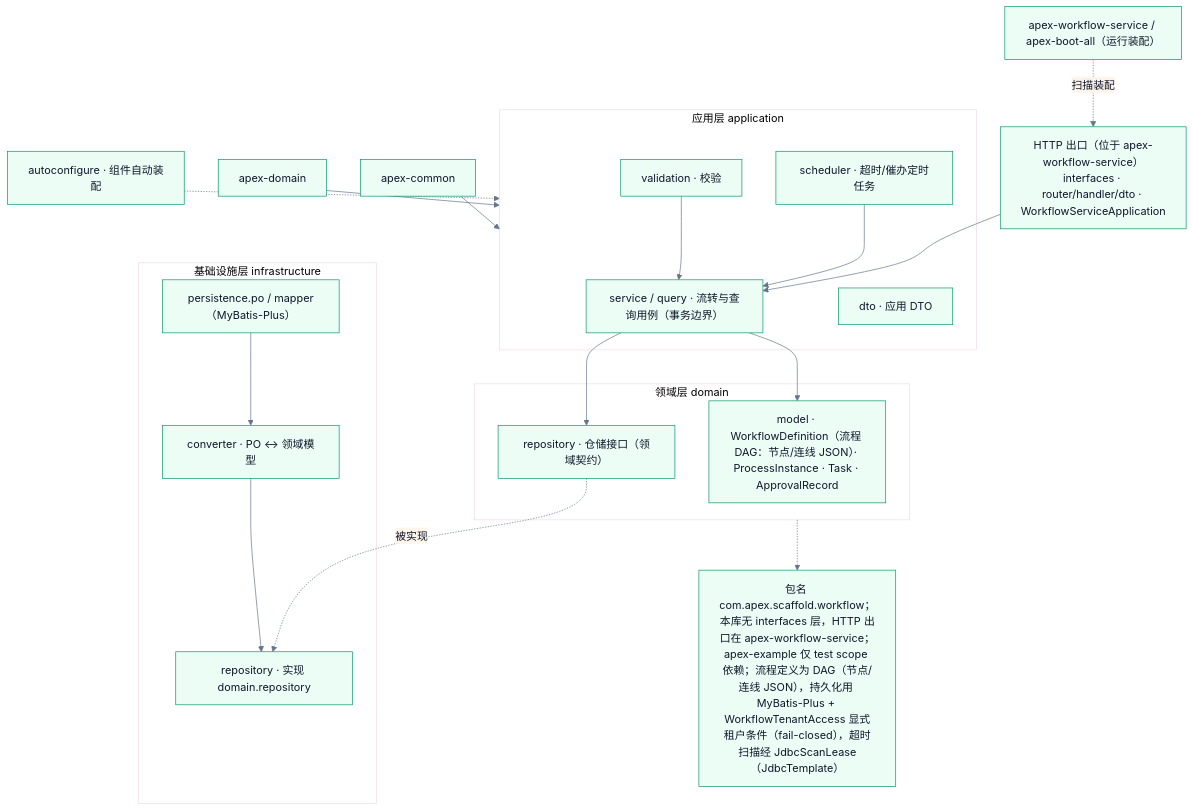
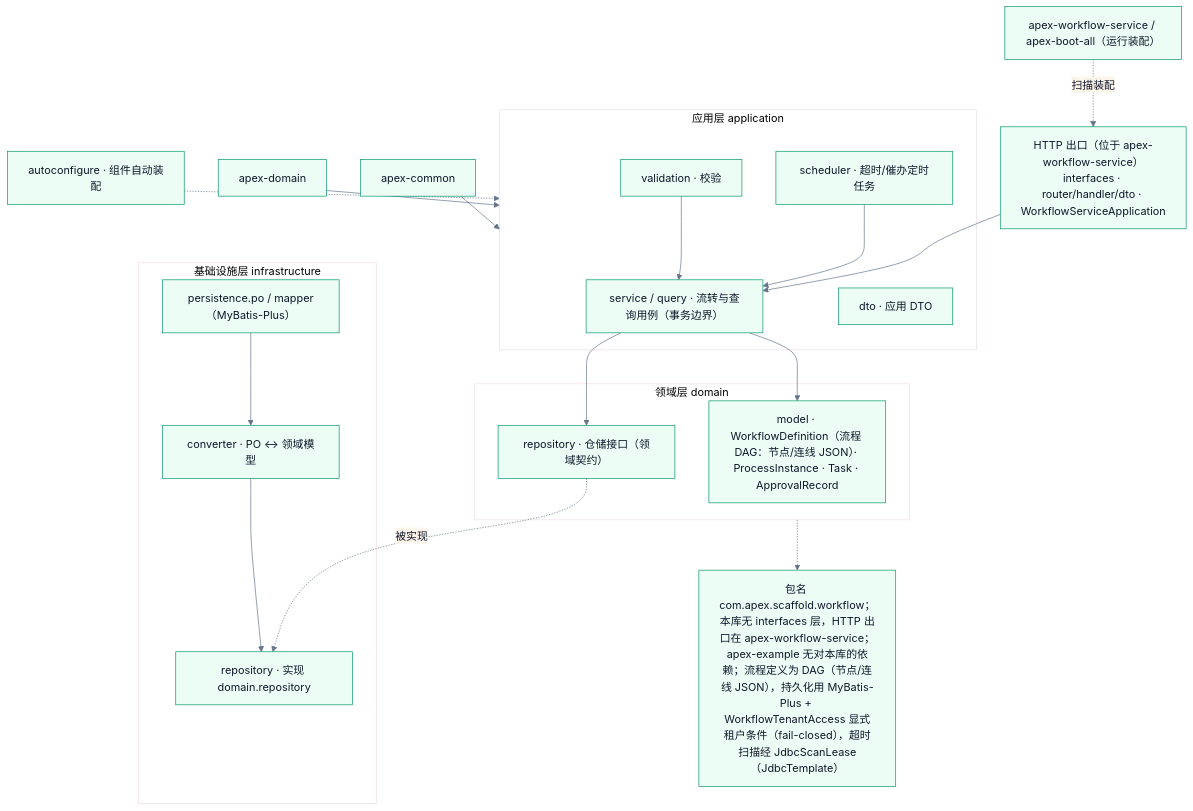
The diagram in docs/diagrams/102_module_workflow_structure.mmd (apex-cloud-service/apex-scaffold), drawn with Mermaid before and after one commit. The commit also changed 19 other files, not shown here.

```diff
--- a/docs/diagrams/102_module_workflow_structure.mmd
+++ b/docs/diagrams/102_module_workflow_structure.mmd
@@ -1,42 +1,42 @@
 %%{init: {'theme':'base', 'themeVariables': {'primaryColor':'#ecfdf5','primaryTextColor':'#0f172a','primaryBorderColor':'#059669','lineColor':'#64748b','fontFamily':'sans-serif'}}}%%
 flowchart TB
   HTTP["HTTP 出口（位于 apex-workflow-service）\ninterfaces · router/handler/dto · WorkflowServiceApplication"]
 
   subgraph APP["应用层 application"]
     A1["service / query · 流转与查询用例（事务边界）"]
     A2["validation · 校验"]
     A3["scheduler · 超时/催办定时任务"]
     A4["dto · 应用 DTO"]
   end
 
   subgraph DOM["领域层 domain"]
     D1["model · WorkflowDefinition（流程 DAG：节点/连线 JSON）· ProcessInstance · Task · ApprovalRecord"]
     D2["repository · 仓储接口（领域契约）"]
   end
 
   subgraph INF["基础设施层 infrastructure"]
     N1["persistence.po / mapper（MyBatis-Plus）"]
     N2["converter · PO ↔ 领域模型"]
     N3["repository · 实现 domain.repository"]
   end
 
   AUTO["autoconfigure · 组件自动装配"]
 
   COMMON["apex-common"]
   DOMAIN["apex-domain"]
   SVC["apex-workflow-service / apex-boot-all（运行装配）"]
 
   COMMON --> APP
   DOMAIN --> APP
   HTTP --> A1
   A1 --> D1
   A1 --> D2
   A3 --> A1
   A2 --> A1
   D2 -. "被实现" .-> N3
   N1 --> N2 --> N3
   AUTO -.-> APP
   SVC -. "扫描装配" .-> HTTP
 
-  NOTE["包名 com.apex.scaffold.workflow；本库无 interfaces 层，HTTP 出口在 apex-workflow-service；apex-example 仅 test scope 依赖；流程定义为 DAG（节点/连线 JSON），持久化用 MyBatis-Plus + WorkflowTenantAccess 显式租户条件（fail-closed），超时扫描经 JdbcScanLease（JdbcTemplate）"]
+  NOTE["包名 com.apex.scaffold.workflow；本库无 interfaces 层，HTTP 出口在 apex-workflow-service；apex-example 无对本库的依赖；流程定义为 DAG（节点/连线 JSON），持久化用 MyBatis-Plus + WorkflowTenantAccess 显式租户条件（fail-closed），超时扫描经 JdbcScanLease（JdbcTemplate）"]
   DOM -.-> NOTE
```
